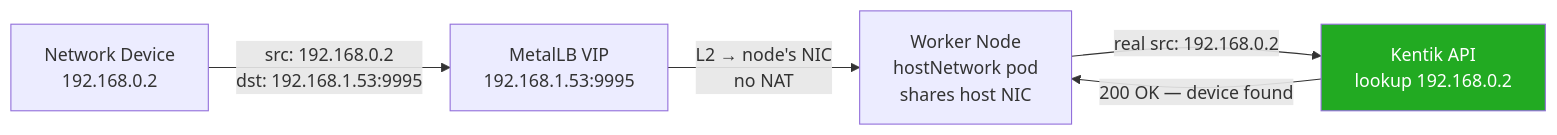
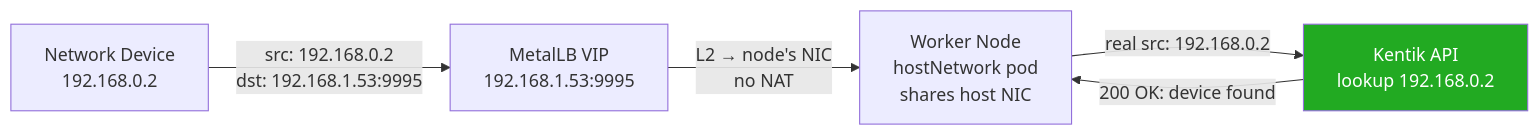
Before and after one commit to alexdearaujo/kagent-k8s-deployment: the fifth of 5 diagrams in README.md, drawn with Mermaid. The commit also changed other lines of this file and 1 other file, not shown here.

````diff
--- a/README.md
+++ b/README.md
@@ -506,14 +573,14 @@
 ```mermaid
 flowchart LR
     D["Network Device\n192.168.0.2"]
     VIP["MetalLB VIP\n192.168.1.53:9995"]
     N["Worker Node\nhostNetwork pod\nshares host NIC"]
     K["Kentik API\nlookup 192.168.0.2"]
 
     D -->|"src: 192.168.0.2\ndst: 192.168.1.53:9995"| VIP
     VIP -->|"L2 → node's NIC\nno NAT"| N
     N -->|"real src: 192.168.0.2"| K
-    K -->|"200 OK — device found"| N
+    K -->|"200 OK: device found"| N
 
     style K fill:#2a2,color:#fff
 ```
````
